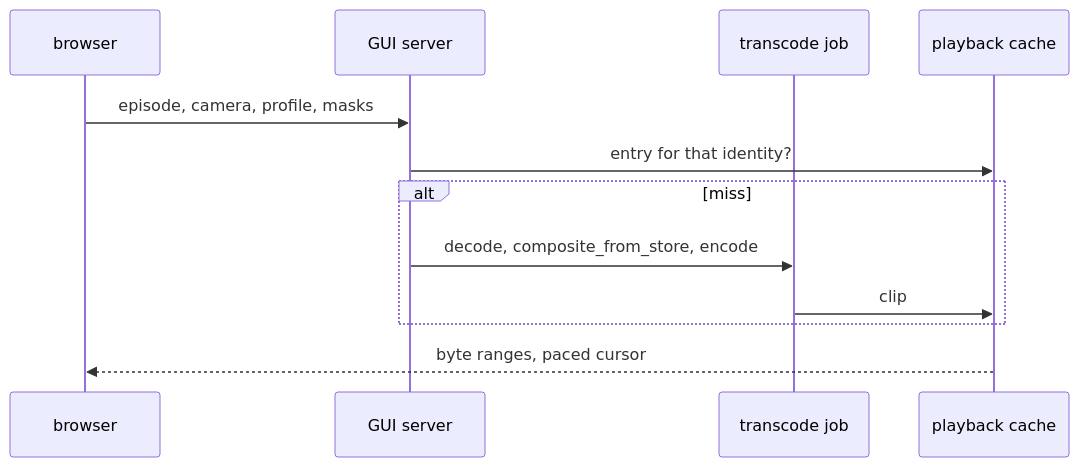
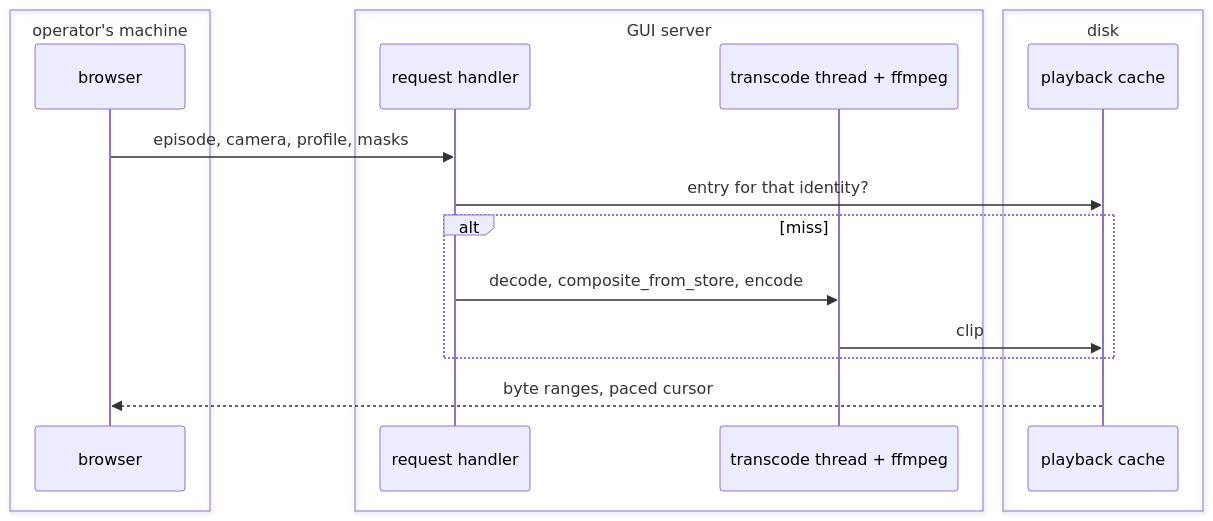
One commit to TheWisp/lerobot changed the fifth of 9 diagrams in src/lerobot/gui/docs/camera_video_transport.md. Above: the diagram before and after it, drawn with Mermaid. The commit also changed other lines of this file, not shown here.

````diff
--- a/src/lerobot/gui/docs/camera_video_transport.md
+++ b/src/lerobot/gui/docs/camera_video_transport.md
@@ -194,14 +359,20 @@
 ```mermaid
 sequenceDiagram
-  participant B as browser
-  participant S as GUI server
-  participant X as transcode job
-  participant K as playback cache
+  box transparent operator's machine
+    participant B as browser
+  end
+  box transparent GUI server
+    participant S as request handler
+    participant X as transcode thread + ffmpeg
+  end
+  box transparent disk
+    participant K as playback cache
+  end
   B->>S: episode, camera, profile, masks
   S->>K: entry for that identity?
   alt miss
     S->>X: decode, composite_from_store, encode
     X->>K: clip
   end
   K-->>B: byte ranges, paced cursor
 ```
````
